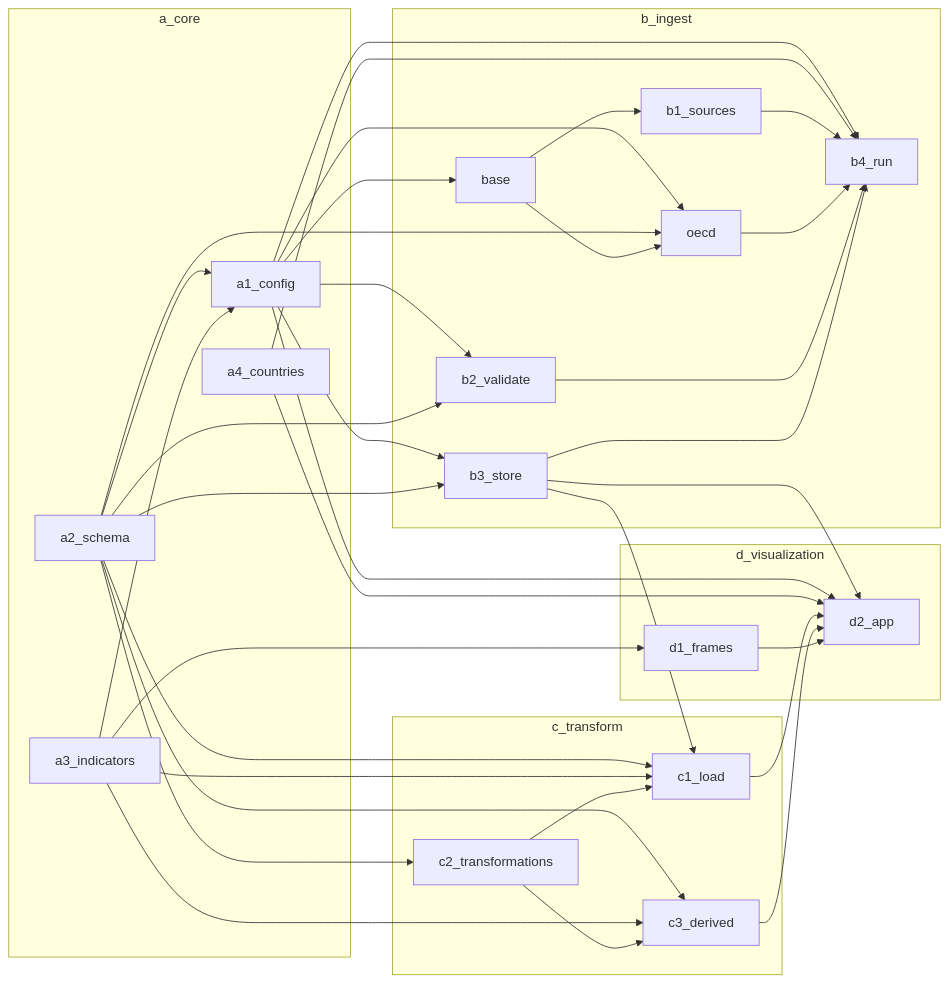
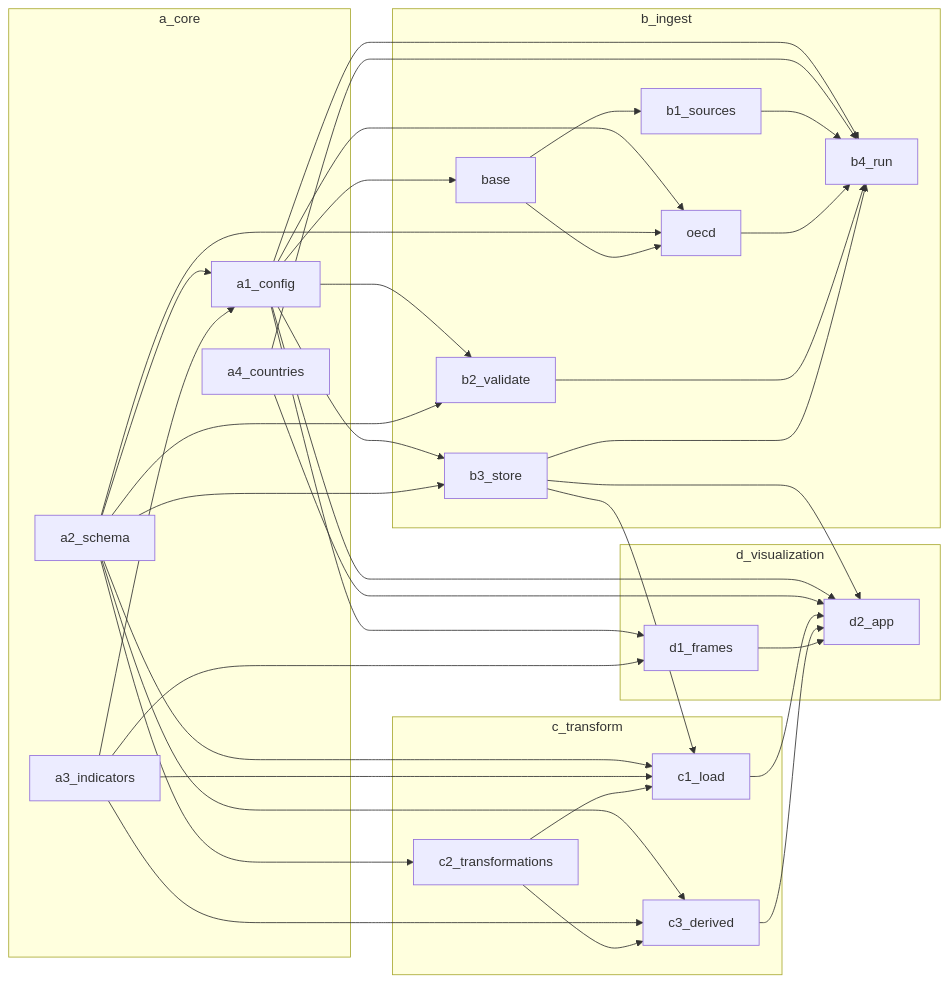
Before and after one commit to bsawyerg15/MacroScan: the first of 15 diagrams in docs/architecture.md, drawn with Mermaid. The commit also changed other lines of this file and 6 other files, not shown here.

````diff
--- a/docs/architecture.md
+++ b/docs/architecture.md
@@ -7,73 +7,74 @@
 ```mermaid
 flowchart LR
   subgraph a_core
     a_core_a1_config["a1_config"]
     a_core_a2_schema["a2_schema"]
     a_core_a3_indicators["a3_indicators"]
     a_core_a4_countries["a4_countries"]
   end
   subgraph b_ingest
     b_ingest_b1_sources["b1_sources"]
     b_ingest_b1_sources_base["base"]
     b_ingest_b1_sources_oecd["oecd"]
     b_ingest_b2_validate["b2_validate"]
     b_ingest_b3_store["b3_store"]
     b_ingest_b4_run["b4_run"]
   end
   subgraph c_transform
     c_transform_c1_load["c1_load"]
     c_transform_c2_transformations["c2_transformations"]
     c_transform_c3_derived["c3_derived"]
   end
   subgraph d_visualization
     d_visualization_d1_frames["d1_frames"]
     d_visualization_d2_app["d2_app"]
   end
   a_core_a2_schema --> a_core_a1_config
   a_core_a3_indicators --> a_core_a1_config
   b_ingest_b1_sources_base --> b_ingest_b1_sources
   a_core_a1_config --> b_ingest_b1_sources_base
   a_core_a1_config --> b_ingest_b1_sources_oecd
   a_core_a2_schema --> b_ingest_b1_sources_oecd
   b_ingest_b1_sources_base --> b_ingest_b1_sources_oecd
   a_core_a1_config --> b_ingest_b2_validate
   a_core_a2_schema --> b_ingest_b2_validate
   a_core_a1_config --> b_ingest_b3_store
   a_core_a2_schema --> b_ingest_b3_store
   a_core_a1_config --> b_ingest_b4_run
   a_core_a4_countries --> b_ingest_b4_run
   b_ingest_b1_sources --> b_ingest_b4_run
   b_ingest_b1_sources_oecd --> b_ingest_b4_run
   b_ingest_b2_validate --> b_ingest_b4_run
   b_ingest_b3_store --> b_ingest_b4_run
   a_core_a2_schema --> c_transform_c1_load
   a_core_a3_indicators --> c_transform_c1_load
   b_ingest_b3_store --> c_transform_c1_load
   c_transform_c2_transformations --> c_transform_c1_load
   a_core_a2_schema --> c_transform_c2_transformations
   a_core_a2_schema --> c_transform_c3_derived
   a_core_a3_indicators --> c_transform_c3_derived
   c_transform_c2_transformations --> c_transform_c3_derived
+  a_core_a1_config --> d_visualization_d1_frames
   a_core_a3_indicators --> d_visualization_d1_frames
   a_core_a1_config --> d_visualization_d2_app
   a_core_a4_countries --> d_visualization_d2_app
   b_ingest_b3_store --> d_visualization_d2_app
   c_transform_c1_load --> d_visualization_d2_app
   c_transform_c3_derived --> d_visualization_d2_app
   d_visualization_d1_frames --> d_visualization_d2_app
   click a_core_a1_config href "#mod-a_core-a1_config"
   click a_core_a2_schema href "#mod-a_core-a2_schema"
   click a_core_a3_indicators href "#mod-a_core-a3_indicators"
   click a_core_a4_countries href "#mod-a_core-a4_countries"
   click b_ingest_b1_sources href "#mod-b_ingest-b1_sources"
   click b_ingest_b1_sources_base href "#mod-b_ingest-b1_sources-base"
   click b_ingest_b1_sources_oecd href "#mod-b_ingest-b1_sources-oecd"
   click b_ingest_b2_validate href "#mod-b_ingest-b2_validate"
   click b_ingest_b3_store href "#mod-b_ingest-b3_store"
   click b_ingest_b4_run href "#mod-b_ingest-b4_run"
   click c_transform_c1_load href "#mod-c_transform-c1_load"
   click c_transform_c2_transformations href "#mod-c_transform-c2_transformations"
   click c_transform_c3_derived href "#mod-c_transform-c3_derived"
   click d_visualization_d1_frames href "#mod-d_visualization-d1_frames"
   click d_visualization_d2_app href "#mod-d_visualization-d2_app"
 ```
````
